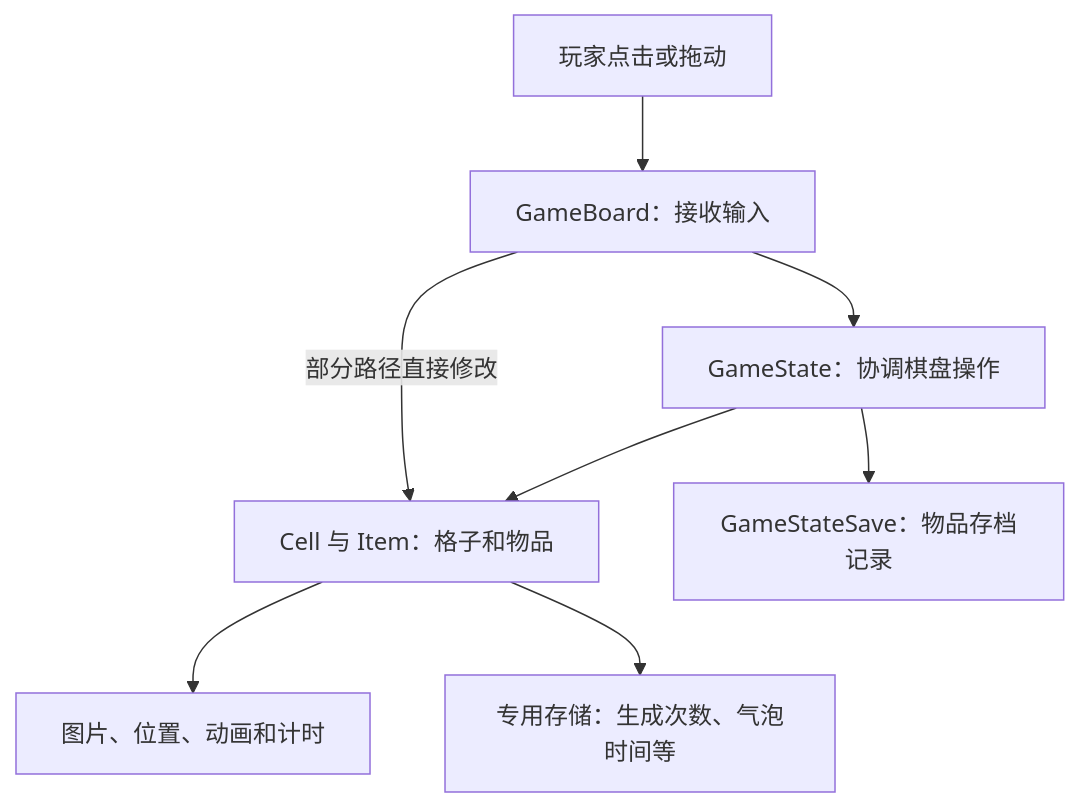
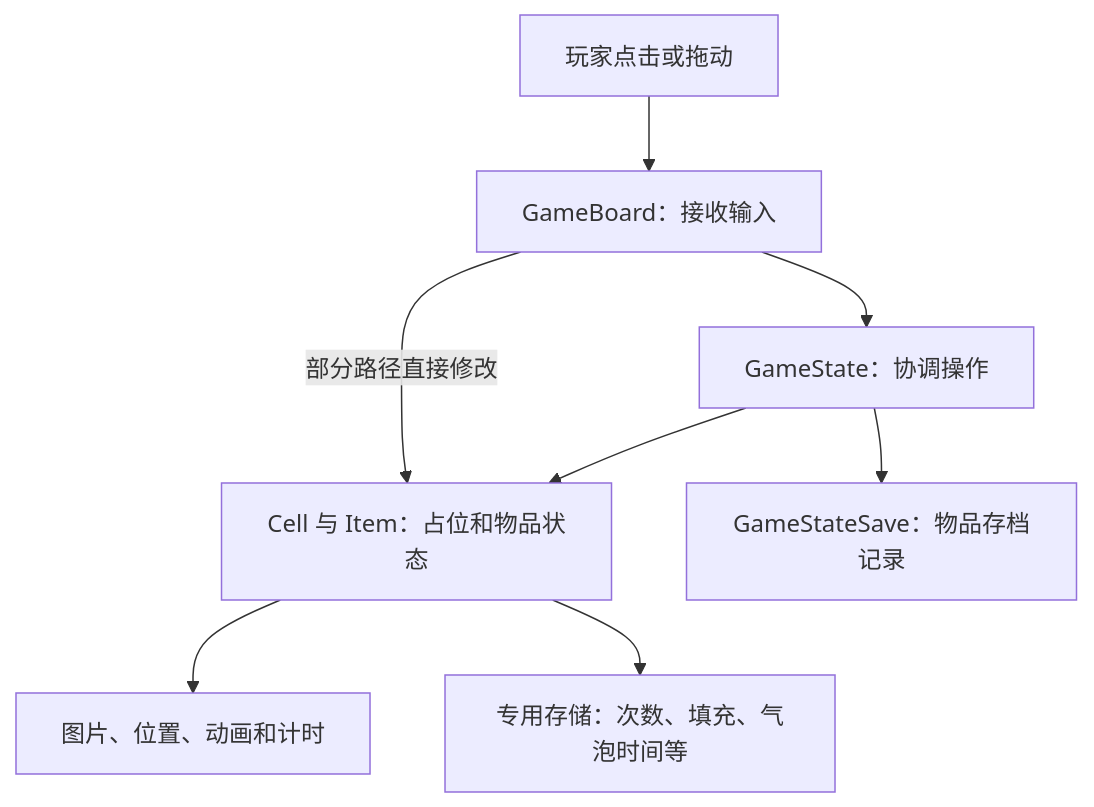
One commit to LIQIANGEASTSUN/MergeTwo changed the first of 2 diagrams in 参考项目/MergeInn_8.7_APKPure_code_reference_20260924/_分析实现方案/01_架构与数据模型.md. Above: the diagram before and after it, drawn with Mermaid. The commit also changed other lines of this file and 54 other files, not shown here.

````diff
--- a/参考项目/MergeInn_8.7_APKPure_code_reference_20260924/_分析实现方案/01_架构与数据模型.md
+++ b/参考项目/MergeInn_8.7_APKPure_code_reference_20260924/_分析实现方案/01_架构与数据模型.md
@@ -9,10 +11,10 @@
 ```mermaid
 flowchart TD
     Input[玩家点击或拖动] --> Board[GameBoard：接收输入]
-    Board --> State[GameState：协调棋盘操作]
-    Board -->|部分路径直接修改| Pair[Cell 与 Item：格子和物品]
+    Board --> State[GameState：协调操作]
+    Board -->|部分路径直接修改| Pair[Cell 与 Item：占位和物品状态]
     State --> Pair
     Pair --> Visual[图片、位置、动画和计时]
     State --> Save[GameStateSave：物品存档记录]
-    Pair --> Extra[专用存储：生成次数、气泡时间等]
+    Pair --> Extra[专用存储：次数、填充、气泡时间等]
 ```
````
